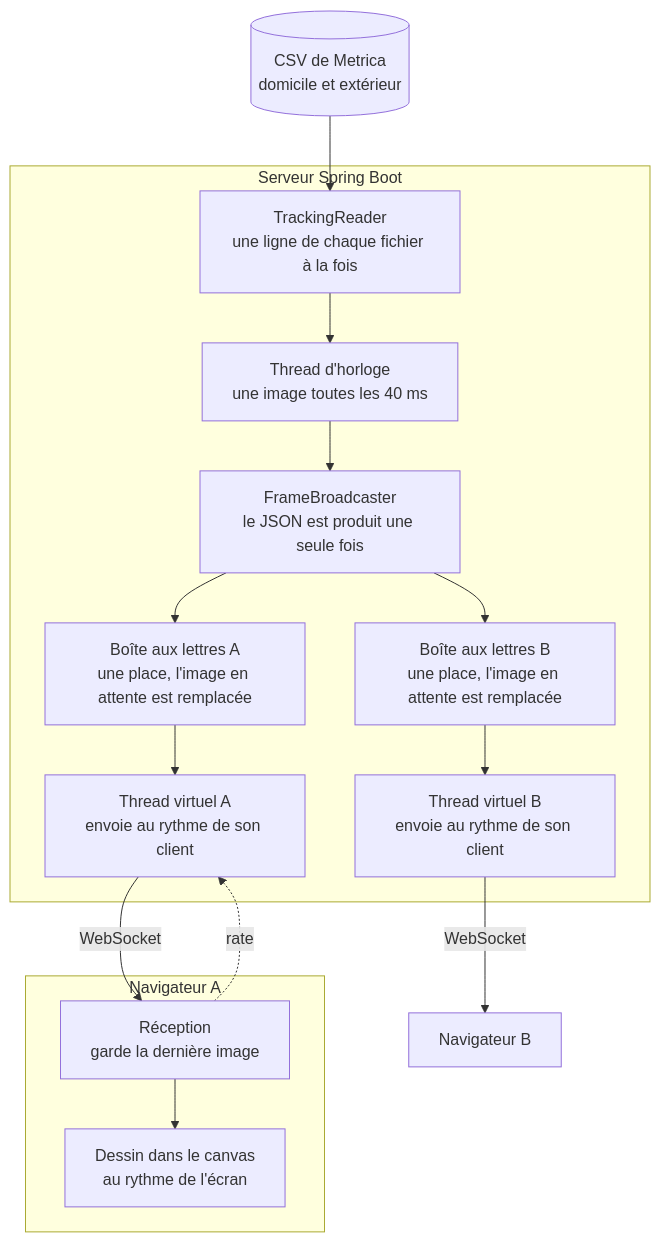
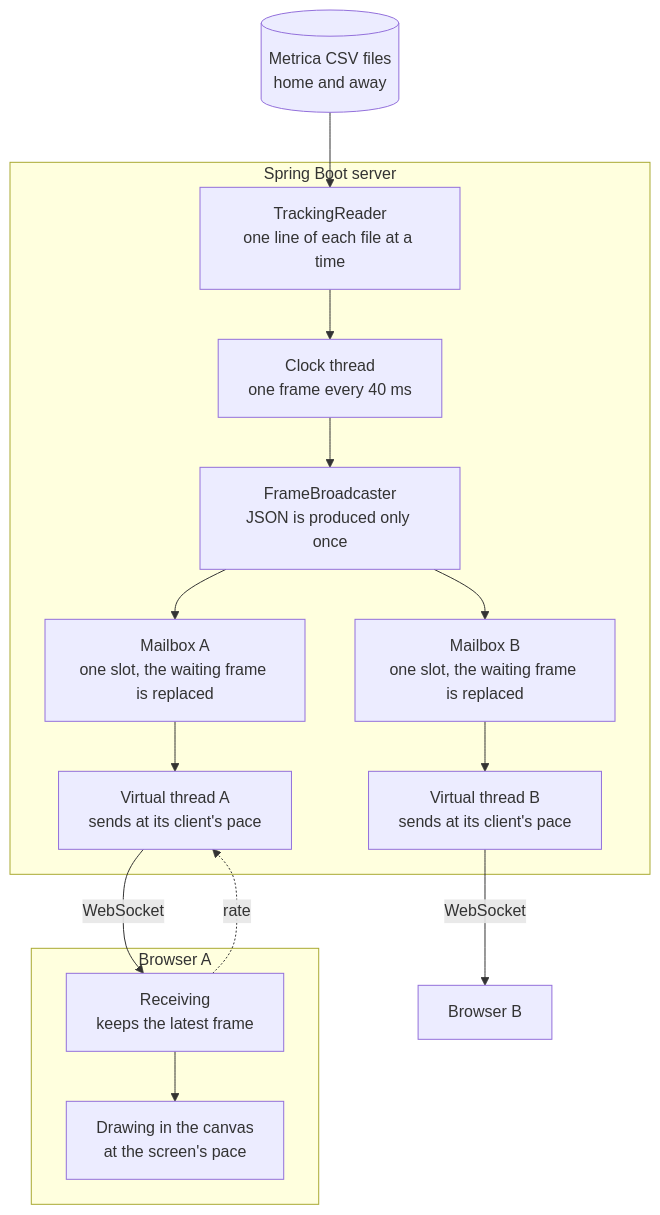
The second of 2 diagrams in README.md (baptistemiramont/pitch-live), drawn with Mermaid before and after one commit. The commit also changed other lines of this file and 4 other files, not shown here.

````diff
--- a/README.md
+++ b/README.md
@@ -66,26 +66,26 @@
 ```mermaid
 flowchart TB
-    csv[("CSV de Metrica<br/>domicile et extérieur")]
-    subgraph serveur["Serveur Spring Boot"]
-        reader["TrackingReader<br/>une ligne de chaque fichier à la fois"]
-        clock["Thread d'horloge<br/>une image toutes les 40 ms"]
-        broadcaster["FrameBroadcaster<br/>le JSON est produit une seule fois"]
-        mailboxA["Boîte aux lettres A<br/>une place, l'image en attente est remplacée"]
-        mailboxB["Boîte aux lettres B<br/>une place, l'image en attente est remplacée"]
-        senderA["Thread virtuel A<br/>envoie au rythme de son client"]
-        senderB["Thread virtuel B<br/>envoie au rythme de son client"]
+    csv[("Metrica CSV files<br/>home and away")]
+    subgraph server["Spring Boot server"]
+        reader["TrackingReader<br/>one line of each file at a time"]
+        clock["Clock thread<br/>one frame every 40 ms"]
+        broadcaster["FrameBroadcaster<br/>JSON is produced only once"]
+        mailboxA["Mailbox A<br/>one slot, the waiting frame is replaced"]
+        mailboxB["Mailbox B<br/>one slot, the waiting frame is replaced"]
+        senderA["Virtual thread A<br/>sends at its client's pace"]
+        senderB["Virtual thread B<br/>sends at its client's pace"]
         reader --> clock --> broadcaster
         broadcaster --> mailboxA --> senderA
         broadcaster --> mailboxB --> senderB
     end
-    subgraph navigateurA["Navigateur A"]
-        reception["Réception<br/>garde la dernière image"]
-        draw["Dessin dans le canvas<br/>au rythme de l'écran"]
+    subgraph browserA["Browser A"]
+        reception["Receiving<br/>keeps the latest frame"]
+        draw["Drawing in the canvas<br/>at the screen's pace"]
         reception --> draw
     end
-    navigateurB["Navigateur B"]
+    browserB["Browser B"]
     csv --> reader
     senderA -- WebSocket --> reception
-    senderB -- WebSocket --> navigateurB
+    senderB -- WebSocket --> browserB
     reception -. "rate" .-> senderA
 ```
````
